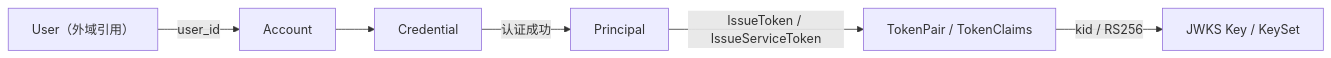
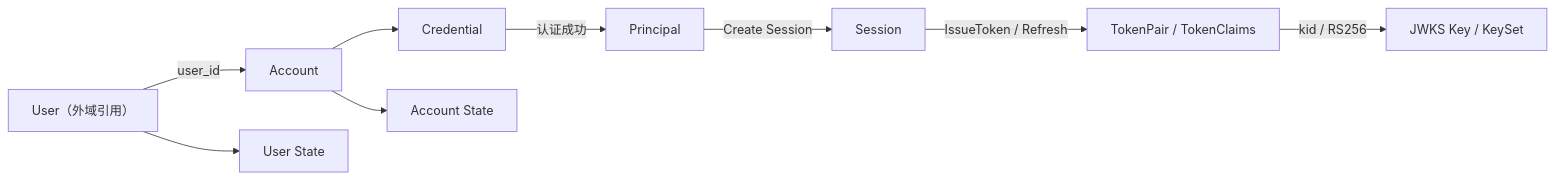
Before and after one commit to FangcunMount/iam-contracts: the second of 4 diagrams in docs/02-业务域/01-authn-认证&Token&JWKS.md, drawn with Mermaid. The commit also changed other lines of this file and 105 other files, not shown here.

````diff
--- a/docs/02-业务域/01-authn-认证&Token&JWKS.md
+++ b/docs/02-业务域/01-authn-认证&Token&JWKS.md
@@ -82,15 +85,21 @@
 ```mermaid
 flowchart LR
   Account["Account"]
   Credential["Credential"]
   Principal["Principal"]
+  Session["Session"]
   Token["TokenPair / TokenClaims"]
   JWKS["JWKS Key / KeySet"]
   User["User（外域引用）"]
+  AccountState["Account State"]
+  UserState["User State"]
 
   User -->|"user_id"| Account
   Account --> Credential
   Credential -->|"认证成功"| Principal
-  Principal -->|"IssueToken / IssueServiceToken"| Token
+  Principal -->|"Create Session"| Session
+  Session -->|"IssueToken / Refresh"| Token
   Token -->|"kid / RS256"| JWKS
+  Account --> AccountState
+  User --> UserState
 ```
````
